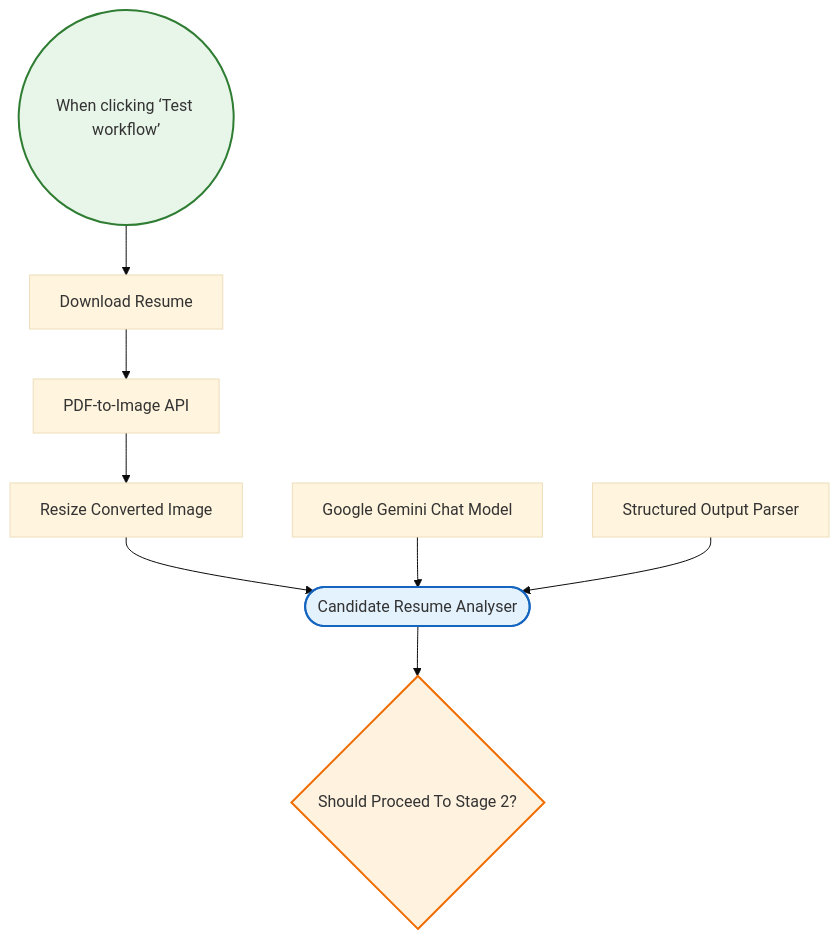
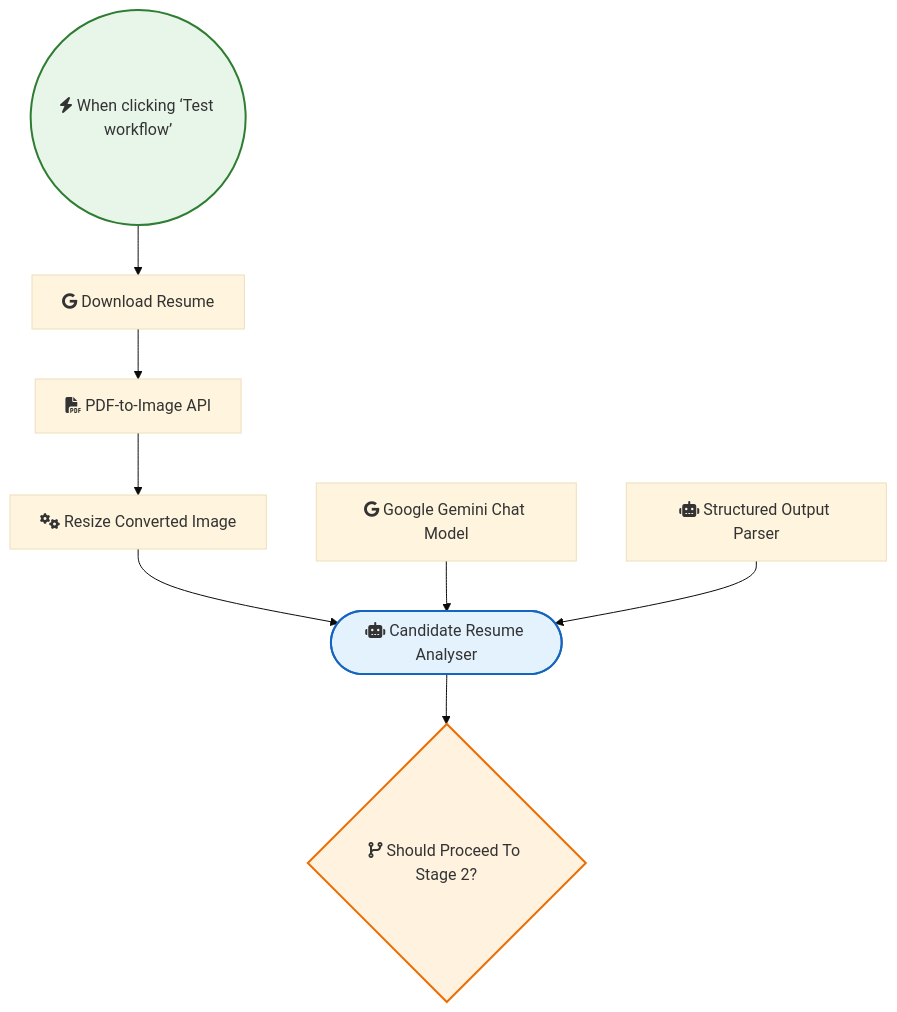
One commit to sreyash3105/N8N-DEMO-AUTOMATIONS changed the diagram in PDF_and_Document_Processing/CV Resume PDF Parsing with Multimodal Vision AI.md. Above: the diagram before and after it, drawn with Mermaid (base theme). The commit also changed 291 other files, not shown here.

````diff
--- a/PDF_and_Document_Processing/CV Resume PDF Parsing with Multimodal Vision AI.md
+++ b/PDF_and_Document_Processing/CV Resume PDF Parsing with Multimodal Vision AI.md
@@ -1,23 +1,23 @@
 ```mermaid
 graph TD
     classDef trigger fill:#e8f5e9,stroke:#2e7d32,stroke-width:2px;
     classDef ai fill:#e3f2fd,stroke:#1565c0,stroke-width:2px;
     classDef logic fill:#fff3e0,stroke:#ef6c00,stroke-width:2px;
 
-    When_clicking__Test_workflow_(("When clicking ‘Test workflow’")):::trigger
-    Structured_Output_Parser["Structured Output Parser"]
-    Should_Proceed_To_Stage_2_{"Should Proceed To Stage 2?"}:::logic
-    Download_Resume["Download Resume"]
-    PDF_to_Image_API["PDF-to-Image API"]
-    Resize_Converted_Image["Resize Converted Image"]
-    Google_Gemini_Chat_Model["Google Gemini Chat Model"]
-    Candidate_Resume_Analyser(["Candidate Resume Analyser"]):::ai
+    When_clicking__Test_workflow_(("fas:fa-bolt When clicking ‘Test workflow’")):::trigger
+    Structured_Output_Parser["fas:fa-robot Structured Output Parser"]
+    Should_Proceed_To_Stage_2_{"fas:fa-code-branch Should Proceed To Stage 2?"}:::logic
+    Download_Resume["fab:fa-google Download Resume"]
+    PDF_to_Image_API["fas:fa-file-pdf PDF-to-Image API"]
+    Resize_Converted_Image["fas:fa-cogs Resize Converted Image"]
+    Google_Gemini_Chat_Model["fab:fa-google Google Gemini Chat Model"]
+    Candidate_Resume_Analyser(["fas:fa-robot Candidate Resume Analyser"]):::ai
 
     Download_Resume --> PDF_to_Image_API
     PDF_to_Image_API --> Resize_Converted_Image
     Resize_Converted_Image --> Candidate_Resume_Analyser
     Google_Gemini_Chat_Model --> Candidate_Resume_Analyser
     Structured_Output_Parser --> Candidate_Resume_Analyser
     Candidate_Resume_Analyser --> Should_Proceed_To_Stage_2_
     When_clicking__Test_workflow_ --> Download_Resume
 ```
````
